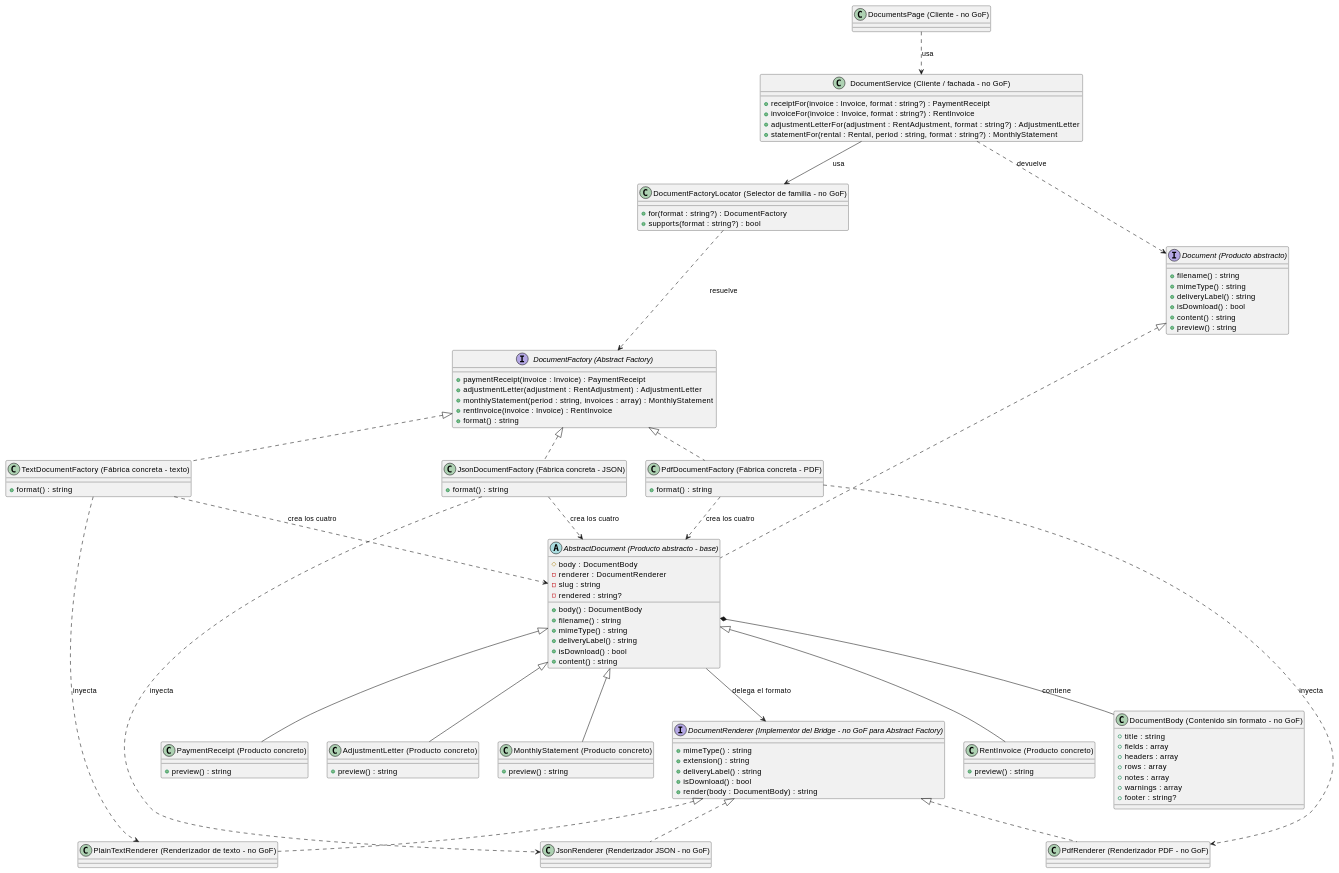
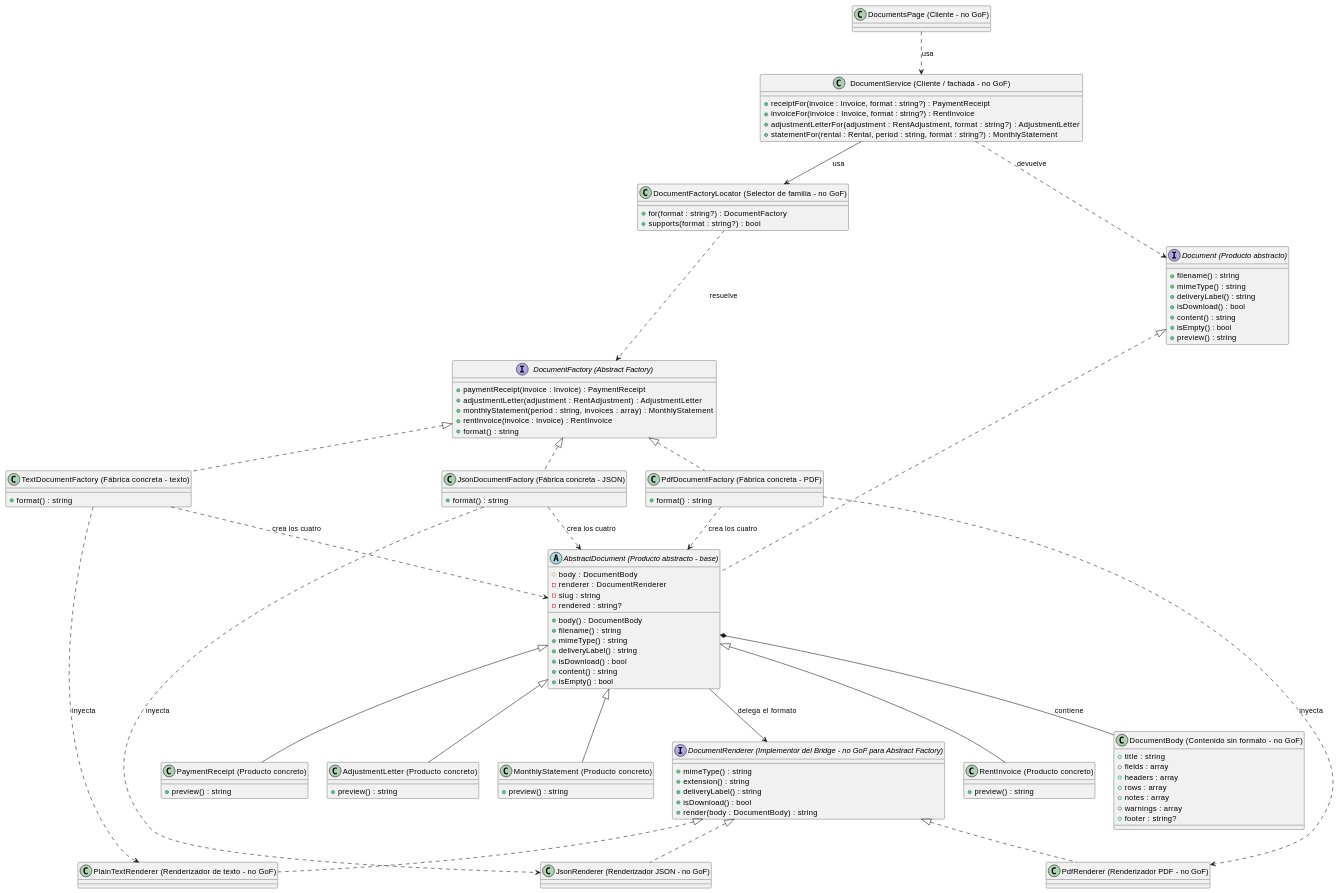
Before and after one commit to diegocastro-ac/prometheus: the diagram in docs/Patrones creacionales/Abstract Factory.md, drawn with PlantUML. The commit also changed other lines of this file and 4 other files, not shown here.

```diff
--- a/docs/Patrones creacionales/Abstract Factory.md
+++ b/docs/Patrones creacionales/Abstract Factory.md
@@ -86,6 +86,7 @@
   + deliveryLabel() : string
   + isDownload() : bool
   + content() : string
+  + isEmpty() : bool
   + preview() : string
 }
 
@@ -100,6 +101,7 @@
   + deliveryLabel() : string
   + isDownload() : bool
   + content() : string
+  + isEmpty() : bool
 }
 
 class "PaymentReceipt (Producto concreto)" as PaymentReceipt {
```
